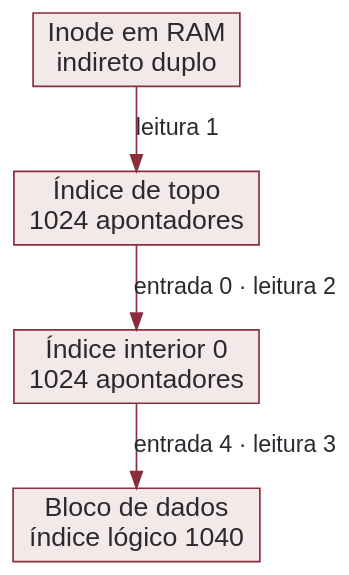
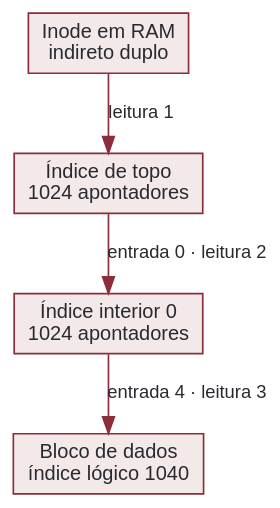
Before and after one commit to rodrgds/resumos: the diagram in src/content/so/indirecao.dot, drawn with Graphviz. The commit also changed 1 other file, not shown here.

```diff
--- a/src/content/so/indirecao.dot
+++ b/src/content/so/indirecao.dot
@@ -1,12 +1,12 @@
 digraph Indirecao {
- graph [bgcolor="transparent", rankdir=TB, pad=0.2];
- node [shape=box, style=filled, fillcolor="#f3e9e9", color="#8c2d3b", fontcolor="#292a30", fontname="Arial", fontsize=16];
- edge [color="#8c2d3b", fontcolor="#292a30", fontname="Arial", fontsize=14];
+ graph [bgcolor="transparent", rankdir=TB, pad=0.06];
+ node [shape=box, style=filled, fillcolor="#f3e9e9", color="#8c2d3b", fontcolor="#292a30", fontname="Arial", fontsize=12];
+ edge [color="#8c2d3b", fontcolor="#292a30", fontname="Arial", fontsize=11];
  inode [label="Inode em RAM\nindireto duplo"];
  topo [label="Índice de topo\n1024 apontadores"];
  interior [label="Índice interior 0\n1024 apontadores"];
  dados [label="Bloco de dados\níndice lógico 1040"];
  inode -> topo [label="leitura 1"];
  topo -> interior [label="entrada 0 · leitura 2"];
  interior -> dados [label="entrada 4 · leitura 3"];
 }
```
